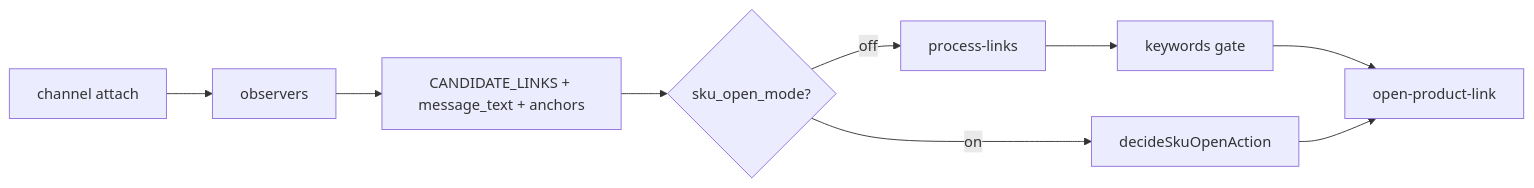
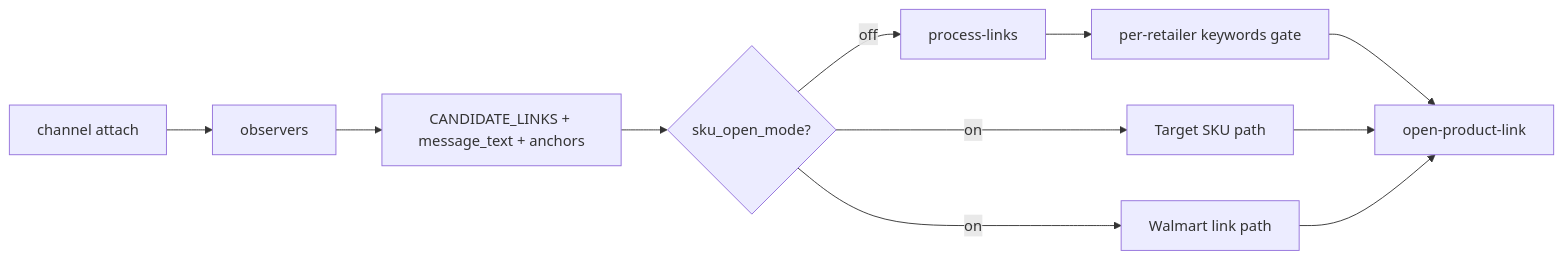
The diagram in extension/domains/discord/AGENTS.md (Quarks-1/CookieScripts), drawn with Mermaid before and after one commit. The commit also changed other lines of this file and 26 other files, not shown here.

First line of the commit message:
Split Discord channel filters by retailer so SKU mode keeps Walmart working.

````diff
--- a/extension/domains/discord/AGENTS.md
+++ b/extension/domains/discord/AGENTS.md
@@ -18,11 +18,13 @@
 ```mermaid
 flowchart LR
   attach[channel attach] --> observer[observers]
   observer --> candidates[CANDIDATE_LINKS + message_text + anchors]
   candidates --> mode{sku_open_mode?}
   mode -->|off| processLinks[process-links]
-  processLinks --> keywordGate[keywords gate]
-  mode -->|on| skuWatch[decideSkuOpenAction]
+  processLinks --> keywordGate[per-retailer keywords gate]
+  mode -->|on| targetSku[Target SKU path]
+  mode -->|on| walmartLinks[Walmart link path]
   keywordGate --> openTab[open-product-link]
-  skuWatch --> openTab
+  targetSku --> openTab
+  walmartLinks --> openTab
 ```
````
